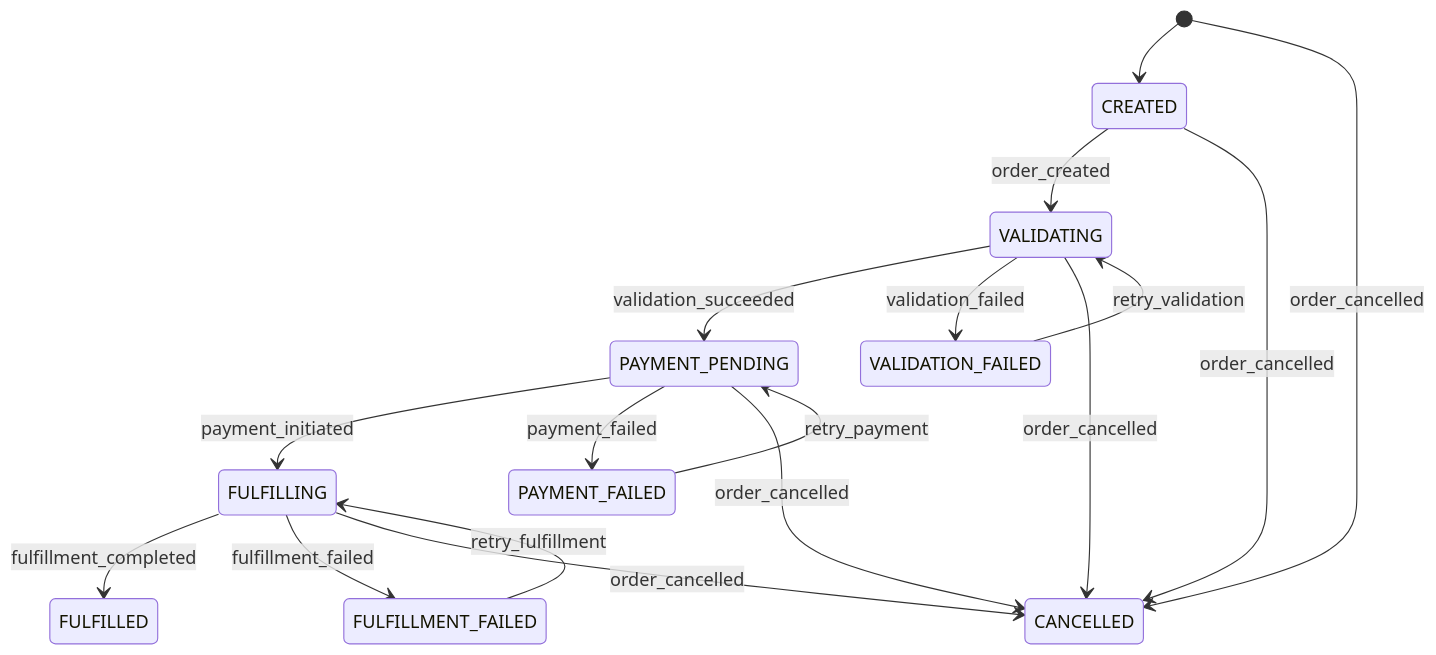
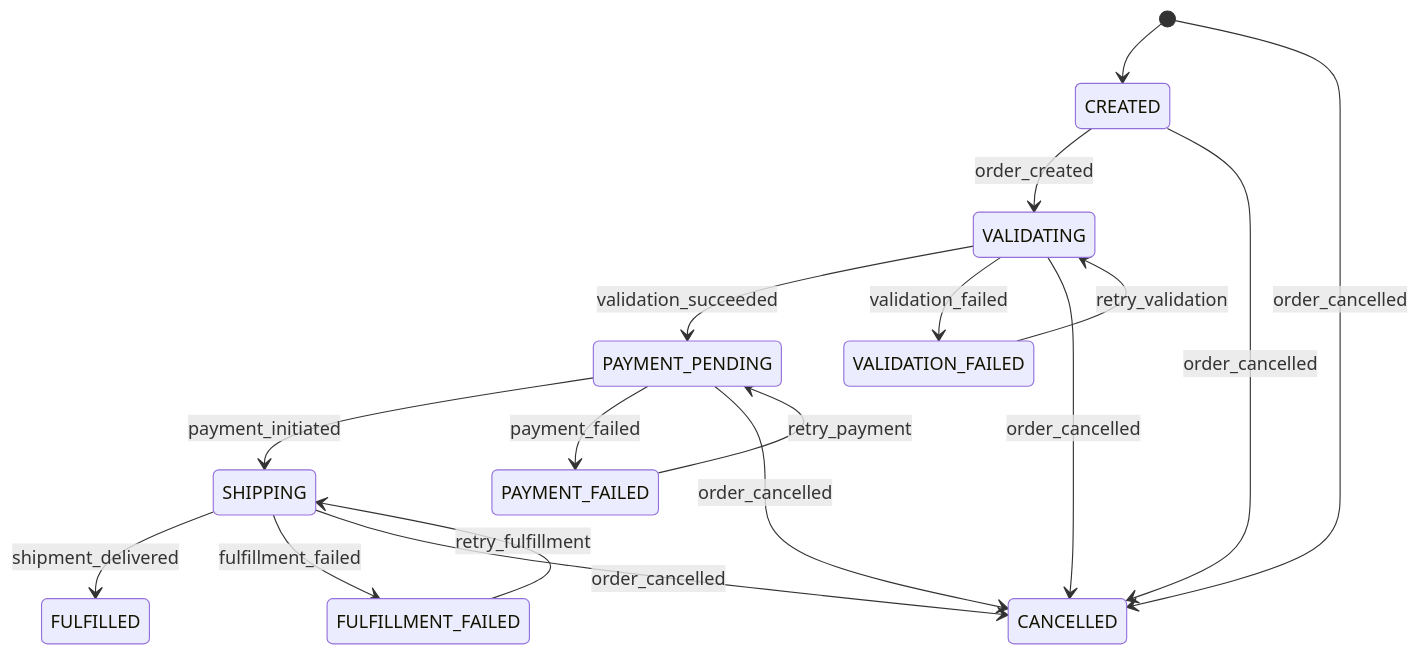
The diagram in docs/order-state-machine.md (puitiza/ecommerce), drawn with Mermaid before and after one commit. The commit also changed other lines of this file and 1 other file, not shown here.

````diff
--- a/docs/order-state-machine.md
+++ b/docs/order-state-machine.md
@@ -18,19 +18,19 @@
 ```mermaid
 stateDiagram-v2
     [*] --> CREATED
     CREATED --> VALIDATING : order_created
     VALIDATING --> PAYMENT_PENDING : validation_succeeded
     VALIDATING --> VALIDATION_FAILED : validation_failed
     VALIDATION_FAILED --> VALIDATING : retry_validation
-    PAYMENT_PENDING --> FULFILLING : payment_initiated
+    PAYMENT_PENDING --> SHIPPING : payment_initiated
     PAYMENT_PENDING --> PAYMENT_FAILED : payment_failed
     PAYMENT_FAILED --> PAYMENT_PENDING : retry_payment
-    FULFILLING --> FULFILLED : fulfillment_completed
-    FULFILLING --> FULFILLMENT_FAILED : fulfillment_failed
-    FULFILLMENT_FAILED --> FULFILLING : retry_fulfillment
+    SHIPPING --> FULFILLED : shipment_delivered
+    SHIPPING --> FULFILLMENT_FAILED : fulfillment_failed
+    FULFILLMENT_FAILED --> SHIPPING : retry_fulfillment
     CREATED --> CANCELLED : order_cancelled
     VALIDATING --> CANCELLED : order_cancelled
     PAYMENT_PENDING --> CANCELLED : order_cancelled
-    FULFILLING --> CANCELLED : order_cancelled
+    SHIPPING --> CANCELLED : order_cancelled
     [*] --> CANCELLED : order_cancelled
 ```
````
